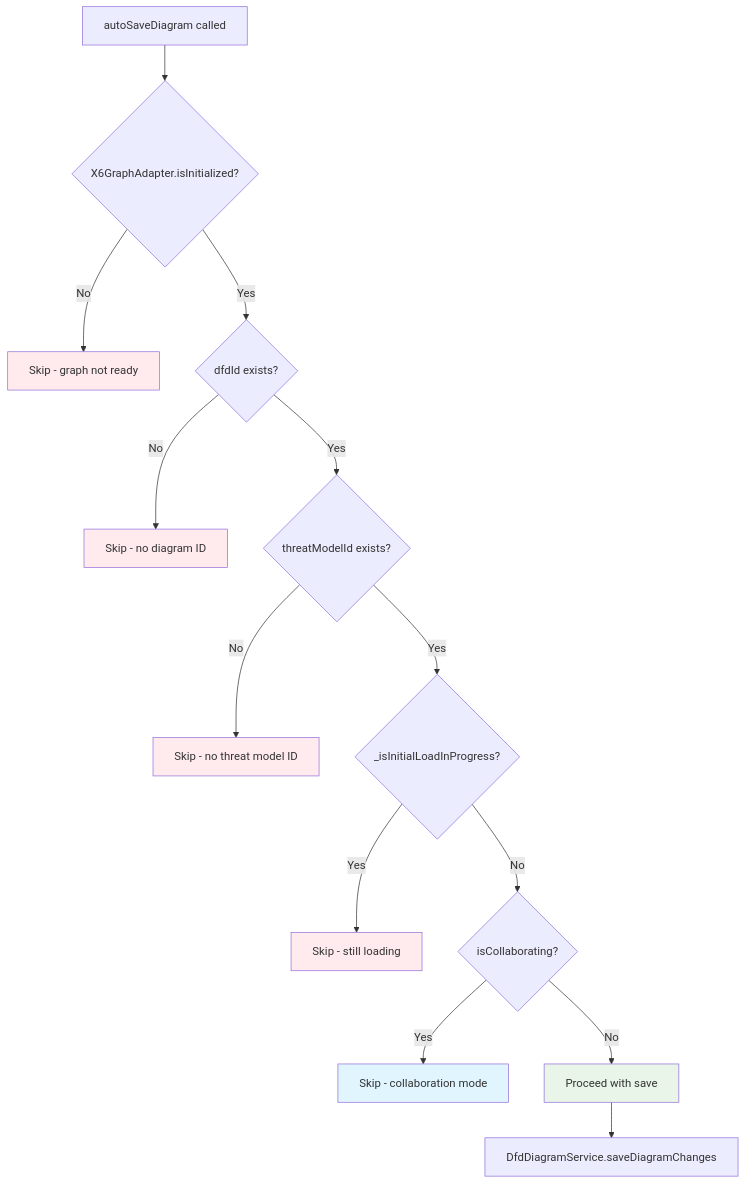
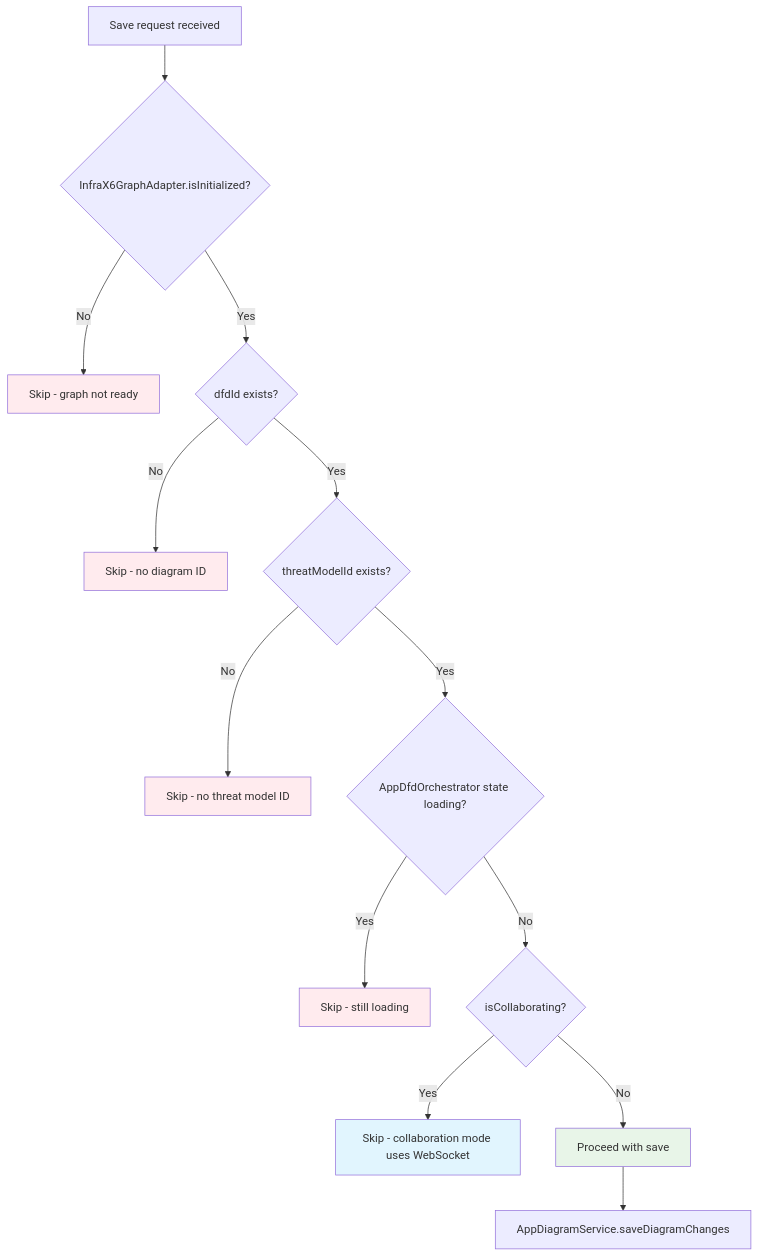
The third of 15 diagrams in docs/migrated/reference/architecture/dfd-change-propagation/autosave-decision-tree.md (ericfitz/tmi-ux), drawn with Mermaid before and after one commit. The commit also changed other lines of this file and 1 other file, not shown here.

First line of the commit message:
docs: verify and migrate DFD integration test plan to wiki

````diff
--- a/docs/migrated/reference/architecture/dfd-change-propagation/autosave-decision-tree.md
+++ b/docs/migrated/reference/architecture/dfd-change-propagation/autosave-decision-tree.md
@@ -70,27 +73,27 @@
 ```mermaid
 flowchart TD
-    A[autoSaveDiagram called] --> B{X6GraphAdapter.isInitialized?}
+    A[Save request received] --> B{InfraX6GraphAdapter.isInitialized?}
     B -->|No| C[Skip - graph not ready]
     B -->|Yes| D{dfdId exists?}
 
     D -->|No| E[Skip - no diagram ID]
     D -->|Yes| F{threatModelId exists?}
 
     F -->|No| G[Skip - no threat model ID]
-    F -->|Yes| H{_isInitialLoadInProgress?}
+    F -->|Yes| H{AppDfdOrchestrator state loading?}
 
     H -->|Yes| I[Skip - still loading]
     H -->|No| J{isCollaborating?}
 
-    J -->|Yes| K[Skip - collaboration mode]
+    J -->|Yes| K[Skip - collaboration mode uses WebSocket]
     J -->|No| L[Proceed with save]
 
-    L --> M[DfdDiagramService.saveDiagramChanges]
+    L --> M[AppDiagramService.saveDiagramChanges]
 
     style C fill:#ffebee
     style E fill:#ffebee
     style G fill:#ffebee
     style I fill:#ffebee
     style K fill:#e1f5fe
     style L fill:#e8f5e8
 ```
````
